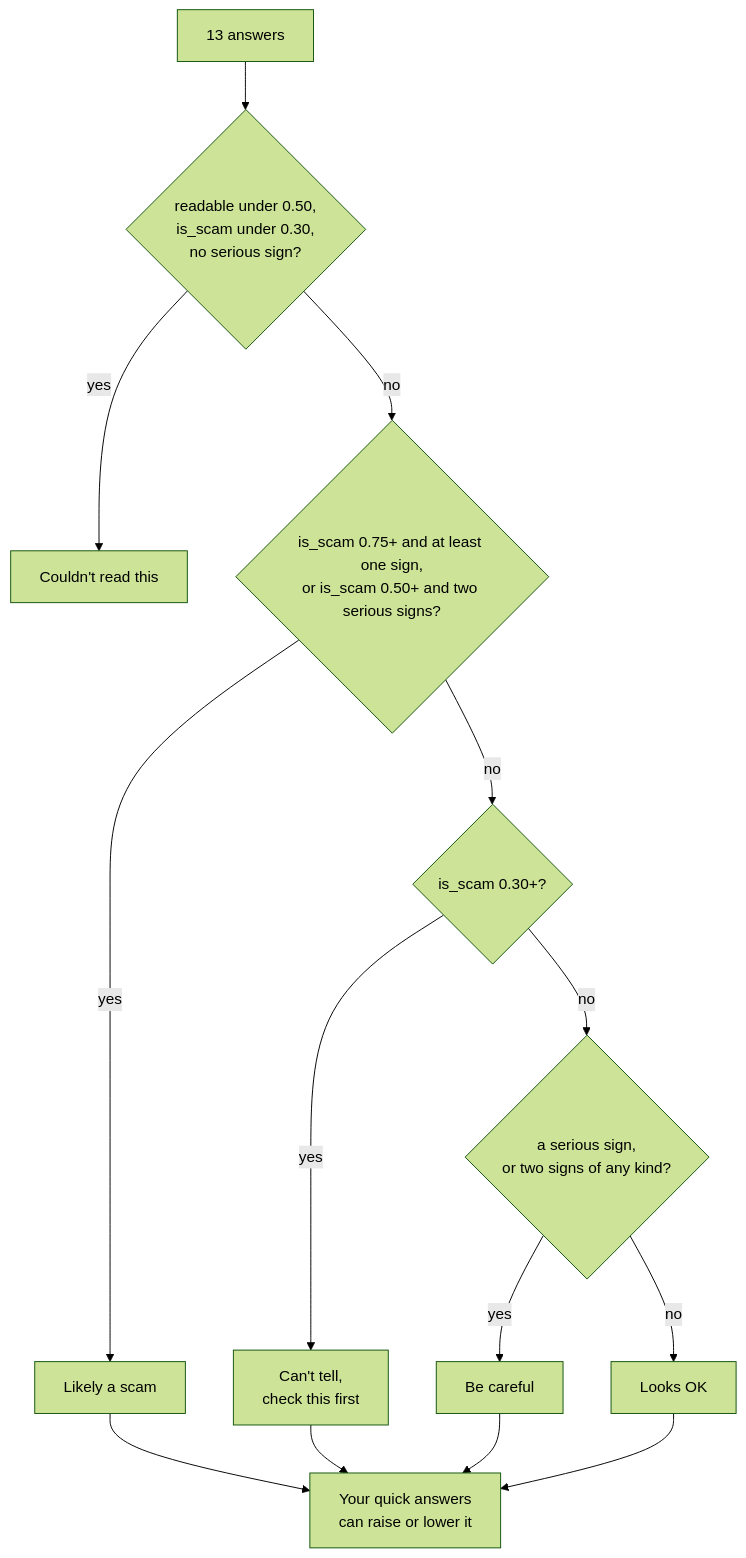
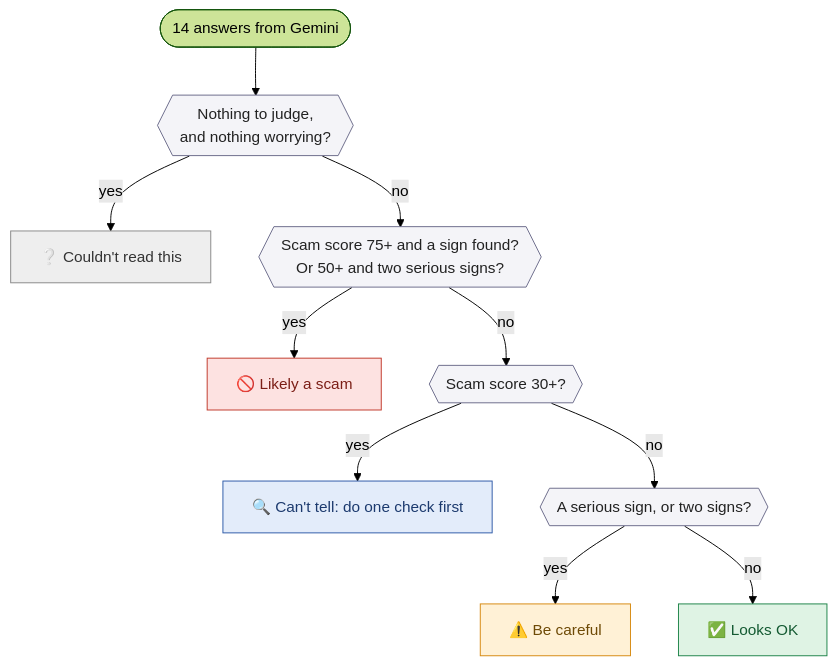
The second of 3 diagrams in README.md (Nandhan-Varma/scam-check), drawn with Mermaid (forest theme) before and after one commit. The commit also changed other lines of this file and 26 other files, not shown here.

````diff
--- a/README.md
+++ b/README.md
@@ -192,13 +153,26 @@
 ```mermaid
+%%{init: {"flowchart": {"wrappingWidth": 320}}}%%
 flowchart TD
-    S["13 answers"] --> R{"readable under 0.50,<br/>is_scam under 0.30,<br/>no serious sign?"}
-    R -->|yes| UC["Couldn't read this"]
-    R -->|no| A{"is_scam 0.75+ and at least one sign,<br/>or is_scam 0.50+ and two serious signs?"}
-    A -->|yes| LS["Likely a scam"]
-    A -->|no| B{"is_scam 0.30+?"}
-    B -->|yes| NS["Can't tell,<br/>check this first"]
-    B -->|no| C{"a serious sign,<br/>or two signs of any kind?"}
-    C -->|yes| SU["Be careful"]
-    C -->|no| OK["Looks OK"]
-    LS & NS & SU & OK --> Q["Your quick answers<br/>can raise or lower it"]
+    S(["14 answers from Gemini"]) --> U{{"Nothing to judge,<br/>and nothing worrying?"}}
+    U -->|yes| UC["❔ Couldn't read this"]
+    U -->|no| A{{"Scam score 75+ and a sign found?<br/>Or 50+ and two serious signs?"}}
+    A -->|yes| LS["🚫 Likely a scam"]
+    A -->|no| B{{"Scam score 30+?"}}
+    B -->|yes| NS["🔍 Can't tell: do one check first"]
+    B -->|no| C{{"A serious sign, or two signs?"}}
+    C -->|yes| SU["⚠️ Be careful"]
+    C -->|no| OK["✅ Looks OK"]
+
+    classDef q fill:#f4f4f8,stroke:#6b6b8a,color:#222222
+    classDef scam fill:#fde2e1,stroke:#c0392b,color:#7b1e16
+    classDef careful fill:#fff1d6,stroke:#d68910,color:#6e4a06
+    classDef unsure fill:#e3ecfa,stroke:#2e5aa8,color:#1c3a6e
+    classDef ok fill:#dff3e4,stroke:#1e8449,color:#145a32
+    classDef muted fill:#eeeeee,stroke:#888888,color:#333333
+    class U,A,B,C q
+    class LS scam
+    class SU careful
+    class NS unsure
+    class OK ok
+    class UC muted
 ```
````
